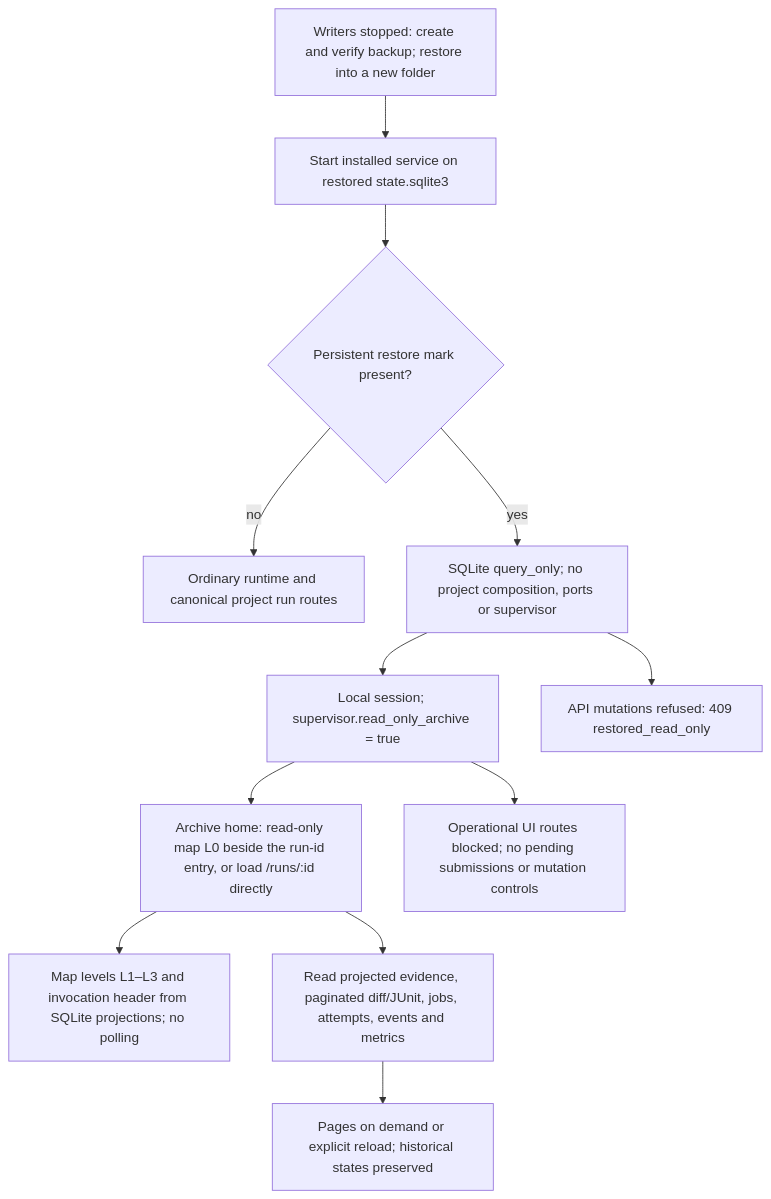
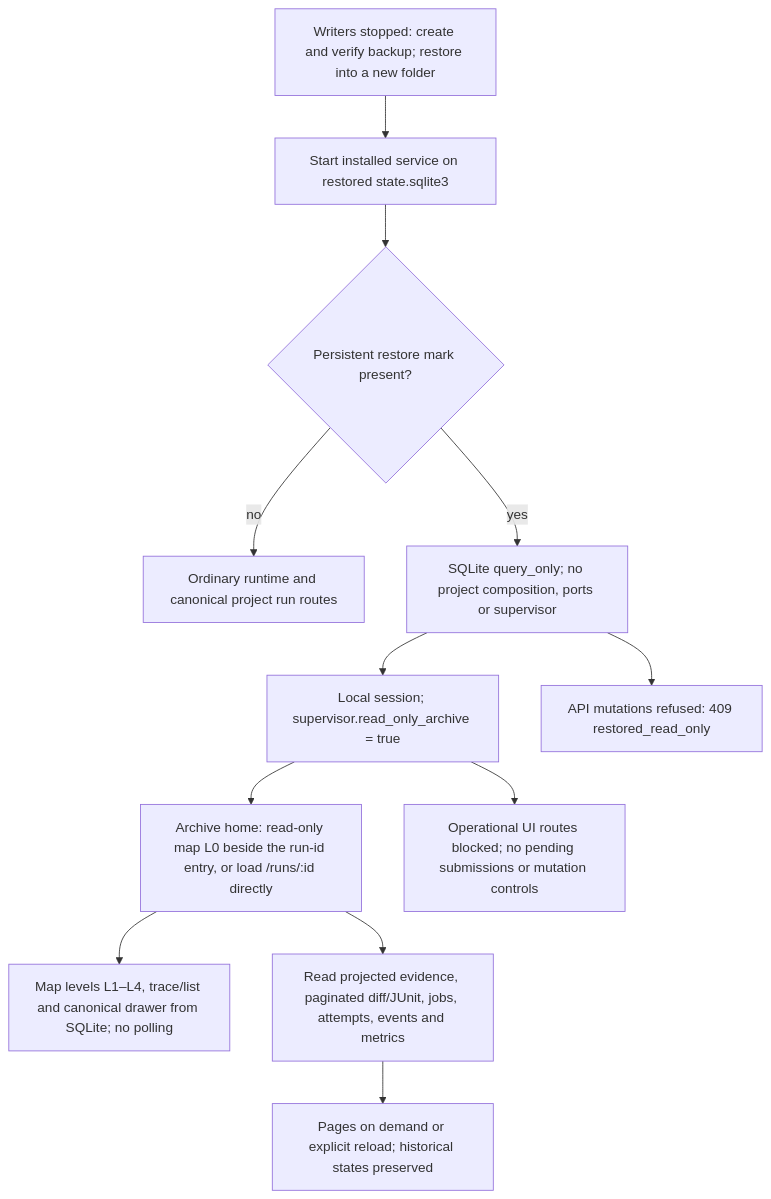
One commit to AcostaDDev/my-harness changed the diagram in docs/flows/backup-consultation.md. Above: the diagram before and after it, drawn with Mermaid. The commit also changed other lines of this file and 42 other files, not shown here.

````diff
--- a/docs/flows/backup-consultation.md
+++ b/docs/flows/backup-consultation.md
@@ -6,14 +6,14 @@
 ```mermaid
 flowchart TD
     B["Writers stopped: create and verify backup; restore into a new folder"] --> S["Start installed service on restored state.sqlite3"]
     S --> M{"Persistent restore mark present?"}
     M -- no --> N["Ordinary runtime and canonical project run routes"]
     M -- yes --> Q["SQLite query_only; no project composition, ports or supervisor"]
     Q --> A["Local session; supervisor.read_only_archive = true"]
     A --> H["Archive home: read-only map L0 beside the run-id entry, or load /runs/:id directly"]
-    H --> MapR["Map levels L1–L3 and invocation header from SQLite projections; no polling"]
+    H --> MapR["Map levels L1–L4, trace/list and canonical drawer from SQLite; no polling"]
     H --> R["Read projected evidence, paginated diff/JUnit, jobs, attempts, events and metrics"]
     R --> P["Pages on demand or explicit reload; historical states preserved"]
     A --> X["Operational UI routes blocked; no pending submissions or mutation controls"]
     Q --> G["API mutations refused: 409 restored_read_only"]
 ```
````
